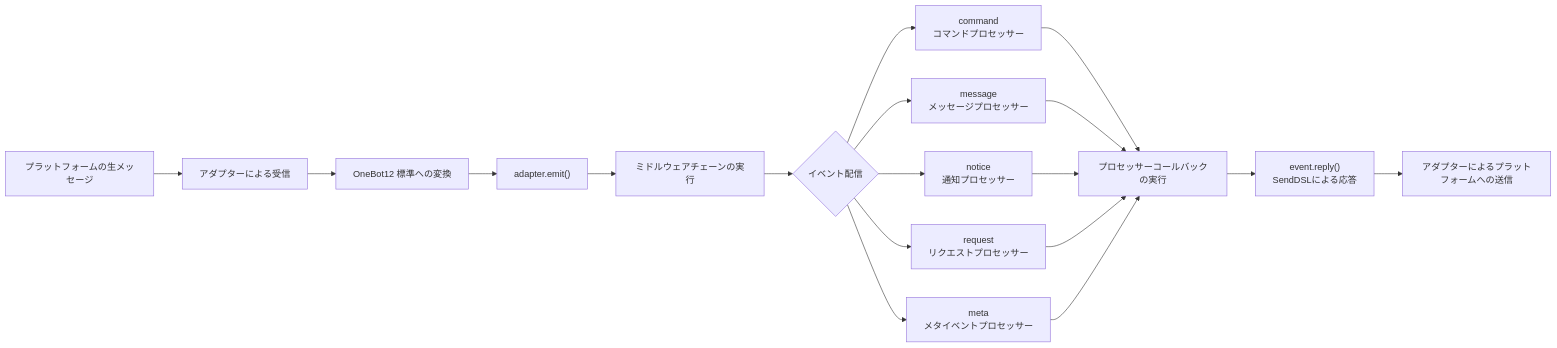
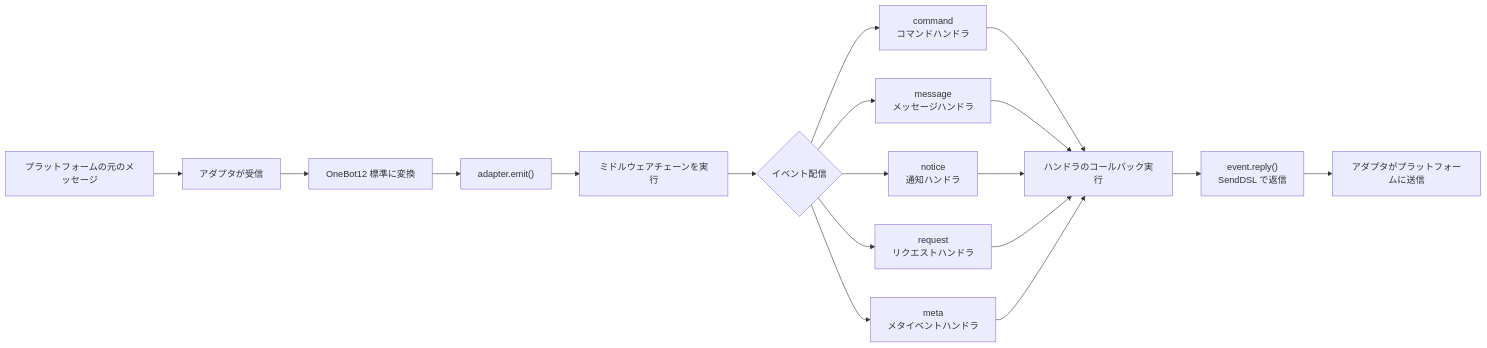
Before and after one commit to ErisPulse/ErisPulse: the third of 7 diagrams in docs/ja/architecture.md, drawn with Mermaid. The commit also changed other lines of this file and 251 other files, not shown here.

````diff
--- a/docs/ja/architecture.md
+++ b/docs/ja/architecture.md
@@ -96,16 +100,16 @@
 ```mermaid
 flowchart LR
-    A["プラットフォームの生メッセージ"] --> B["アダプターによる受信"]
-    B --> C["OneBot12 標準への変換"]
+    A["プラットフォームの元のメッセージ"] --> B["アダプタが受信"]
+    B --> C["OneBot12 標準に変換"]
     C --> D["adapter.emit()"]
-    D --> E["ミドルウェアチェーンの実行"]
+    D --> E["ミドルウェアチェーンを実行"]
     E --> F{"イベント配信"}
-    F --> G1["command<br/>コマンドプロセッサー"]
-    F --> G2["message<br/>メッセージプロセッサー"]
-    F --> G3["notice<br/>通知プロセッサー"]
-    F --> G4["request<br/>リクエストプロセッサー"]
-    F --> G5["meta<br/>メタイベントプロセッサー"]
-    G1 & G2 & G3 & G4 & G5 --> H["プロセッサーコールバックの実行"]
-    H --> I["event.reply()<br/>SendDSLによる応答"]
-    I --> J["アダプターによるプラットフォームへの送信"]
+    F --> G1["command<br/>コマンドハンドラ"]
+    F --> G2["message<br/>メッセージハンドラ"]
+    F --> G3["notice<br/>通知ハンドラ"]
+    F --> G4["request<br/>リクエストハンドラ"]
+    F --> G5["meta<br/>メタイベントハンドラ"]
+    G1 & G2 & G3 & G4 & G5 --> H["ハンドラのコールバック実行"]
+    H --> I["event.reply()<br/>SendDSL で返信"]
+    I --> J["アダプタがプラットフォームに送信"]
 ```
````
